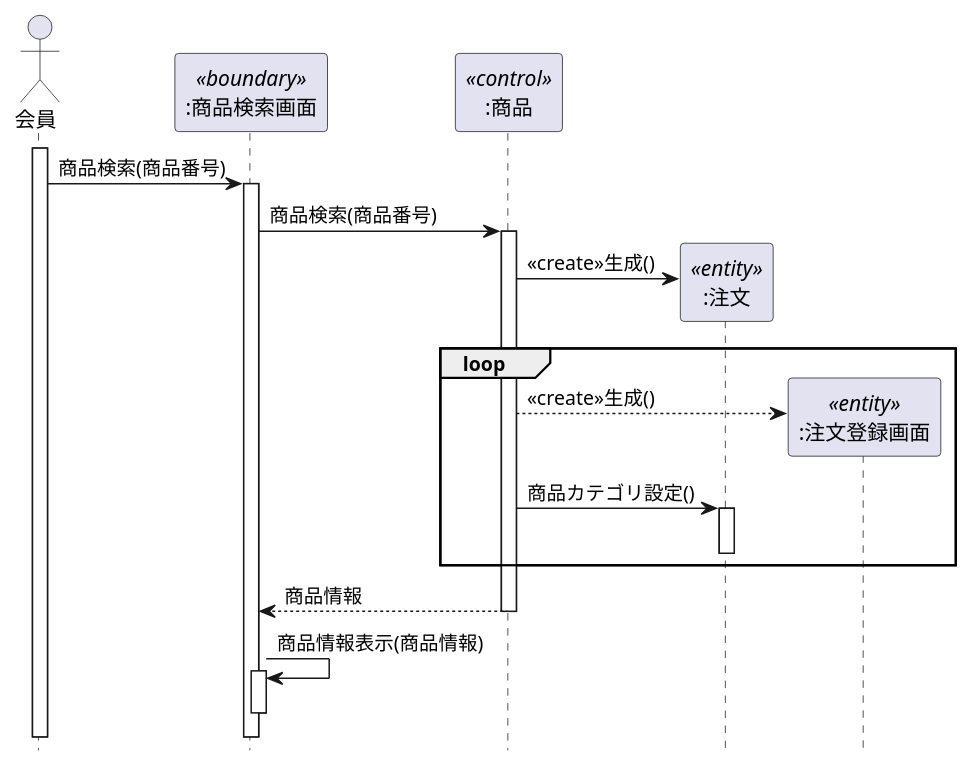
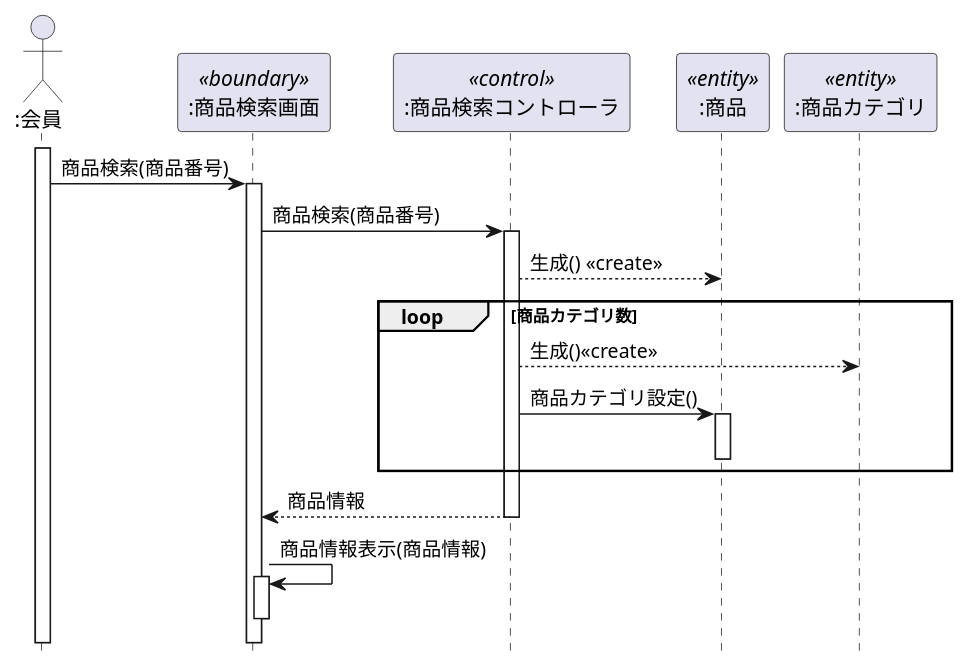
The diagram in 演習4-5_SD_商品情報検索.pu (youryota/uml-introduction), drawn with PlantUML before and after one commit.

Commit message:
修正

```diff
--- a/演習4-5_SD_商品情報検索.pu
+++ b/演習4-5_SD_商品情報検索.pu
@@ -1,30 +1,25 @@
 @startuml
 hide footbox
-actor 会員 as u1
-participant ":商品検索画面" as a1 <<boundary>>
-participant ":商品" as a2 <<control>>
-participant ":注文" as a3 <<entity>>
-participant ":注文登録画面" as a4 <<entity>>
-activate u1
-u1->a1:商品検索(商品番号)
-activate a1
-a1->a2:商品検索(商品番号)
-activate a2
-create a3
-a2->a3:<<create>>生成()
-
-
-loop 
-create a4
-a2-->a4:<<create>>生成()
-a2->a3:商品カテゴリ設定()
-activate a3
-deactivate a3
-
+actor ":会員" as user
+participant ":商品検索画面" as sarch <<boundary>>
+participant ":商品検索コントローラ"  as control <<control>>
+participant ":商品" as goods <<entity>>
+participant ":商品カテゴリ" as category <<entity>>
+activate user
+user -> sarch :商品検索(商品番号)
+activate sarch
+sarch -> control :商品検索(商品番号)
+activate control
+control --> goods :生成() <<create>>
+loop 商品カテゴリ数
+control --> category :生成()<<create>>
+control -> goods :商品カテゴリ設定()
+activate goods
+deactivate goods
 end loop
-a2-->a1:商品情報
-deactivate a2
-a1->a1:商品情報表示(商品情報)
-activate a1
-deactivate a1
+sarch <-- control :商品情報
+deactivate control
+sarch -> sarch :商品情報表示(商品情報)
+activate sarch 
+deactivate sarch
 @enduml
```
